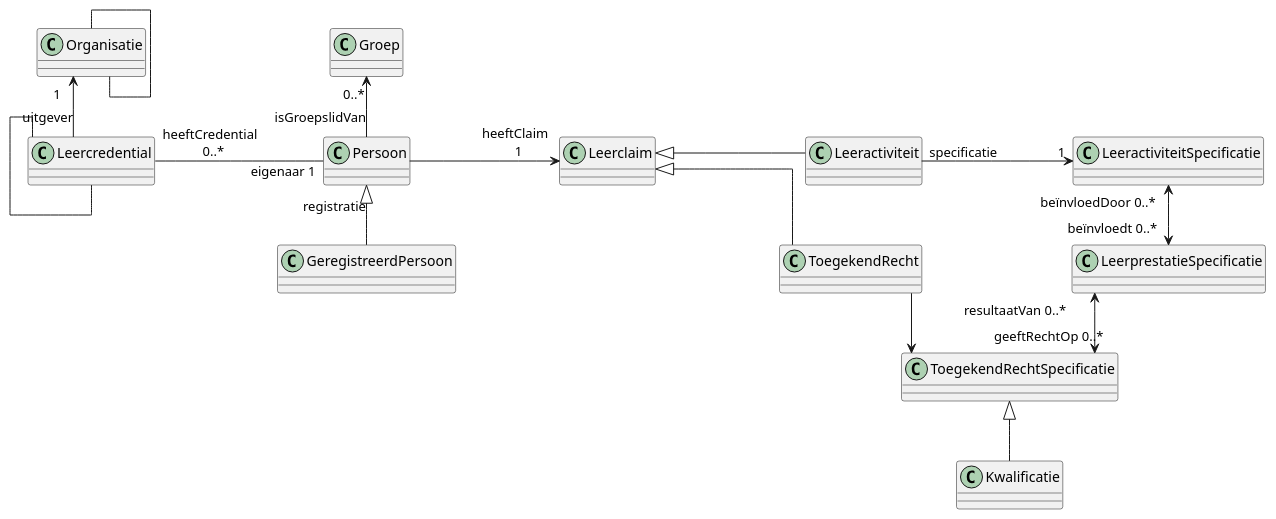
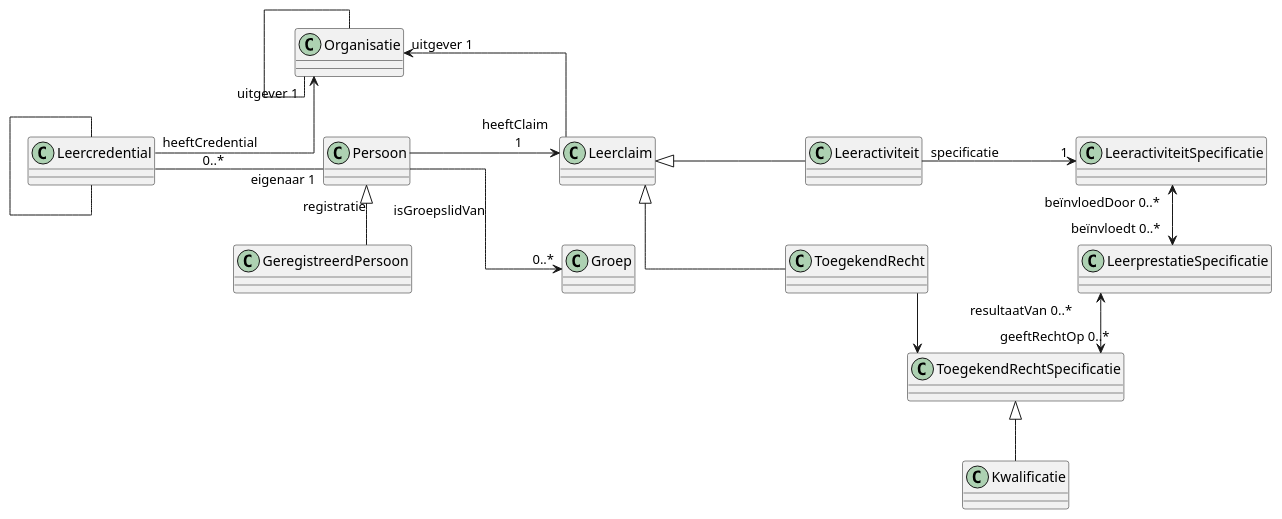
One commit to Informatievlaanderen/OSLOthema-Leerinschrijfcredential changed the diagram in resources/plantuml/sneuvelmodel.puml. Above: the diagram before and after it, drawn with PlantUML. The commit also changed 11 other files, not shown here.

Commit message:
feat (general): Update plantuml diagrams

```diff
--- a/resources/plantuml/sneuvelmodel.puml
+++ b/resources/plantuml/sneuvelmodel.puml
@@ -2,51 +2,55 @@
 @startuml
 skinparam nodesep 150
 skinparam linetype ortho
 allowmixing
 
+class Organisatie
+class Leerclaim
+class Leercredential
+
 class Persoon
 class Groep
-class Leercredential
 together{
     class Leeractiviteit
     class ToegekendRecht
 }
 class GeregistreerdPersoon
-class Organisatie
-class Leerclaim
 class LeeractiviteitSpecificatie
 class LeerprestatieSpecificatie
 class ToegekendRechtSpecificatie
 class Kwalificatie
 'class Studentenkaart
 'class Inschrijvingsbewijs
 
 
 node a
 hide a
 
+Leerclaim  -[hidden]- Groep
+Organisatie "uitgever 1" <-- Leerclaim
+Organisatie "uitgever 1" <--  Leercredential
+Organisatie  --  Organisatie
+
 Persoon <|-- GeregistreerdPersoon: " registratie"
 Groep "0..*" <-- Persoon: "isGroepslidVan"
 Leercredential  --  Leercredential
 Leercredential "heeftCredential \n 0..*"-r-"\t\t eigenaar 1" Persoon
-Organisatie "1  " <--  Leercredential: "uitgever"
-Organisatie  --  Organisatie
 
 Persoon -r->"heeftClaim \n 1" Leerclaim
 Leeractiviteit -[hidden]- ToegekendRecht
 Leerclaim <|-r- Leeractiviteit
 Leerclaim <|-r- ToegekendRecht
 
 
 Leeractiviteit -r-> "1" LeeractiviteitSpecificatie: "specificatie"
 LeeractiviteitSpecificatie "beïnvloedDoor 0..*" <--> "beïnvloedt 0..*"LeerprestatieSpecificatie
 LeerprestatieSpecificatie "resultaatVan 0..*" <--> "geeftRechtOp 0..*" ToegekendRechtSpecificatie
 
 ToegekendRecht -r-> ToegekendRechtSpecificatie
 ToegekendRechtSpecificatie <|-- Kwalificatie
 'Studentenkaart --|> Leercredential
 'Inschrijvingsbewijs --|> Leercredential
 
 
 
 @enduml
```
